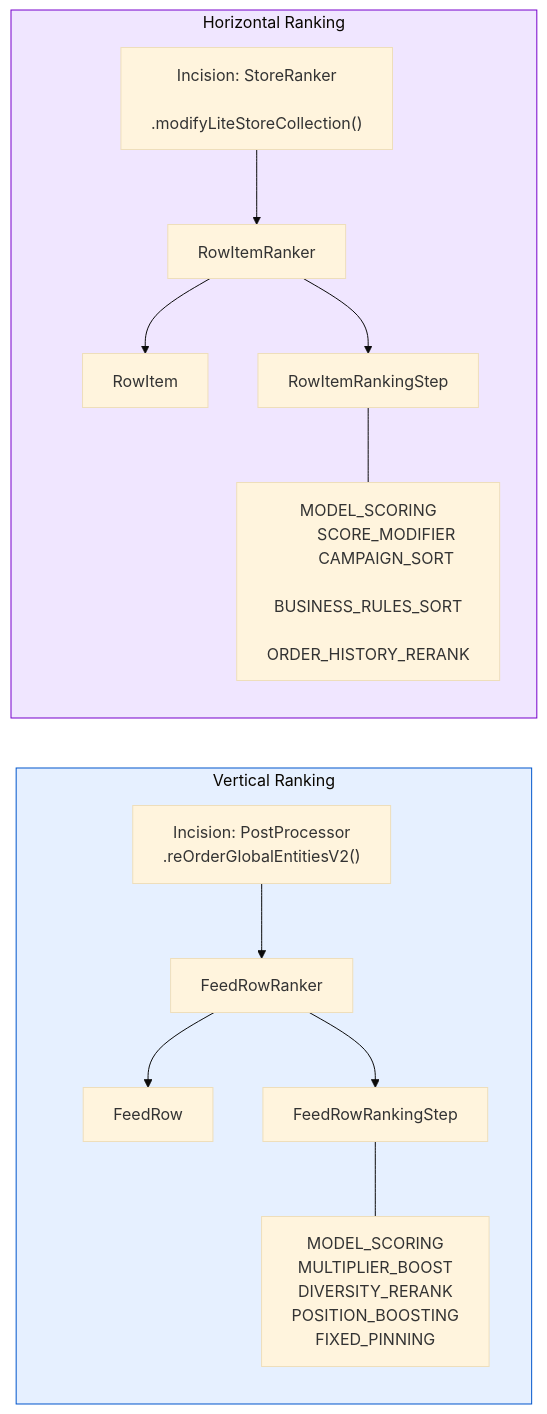
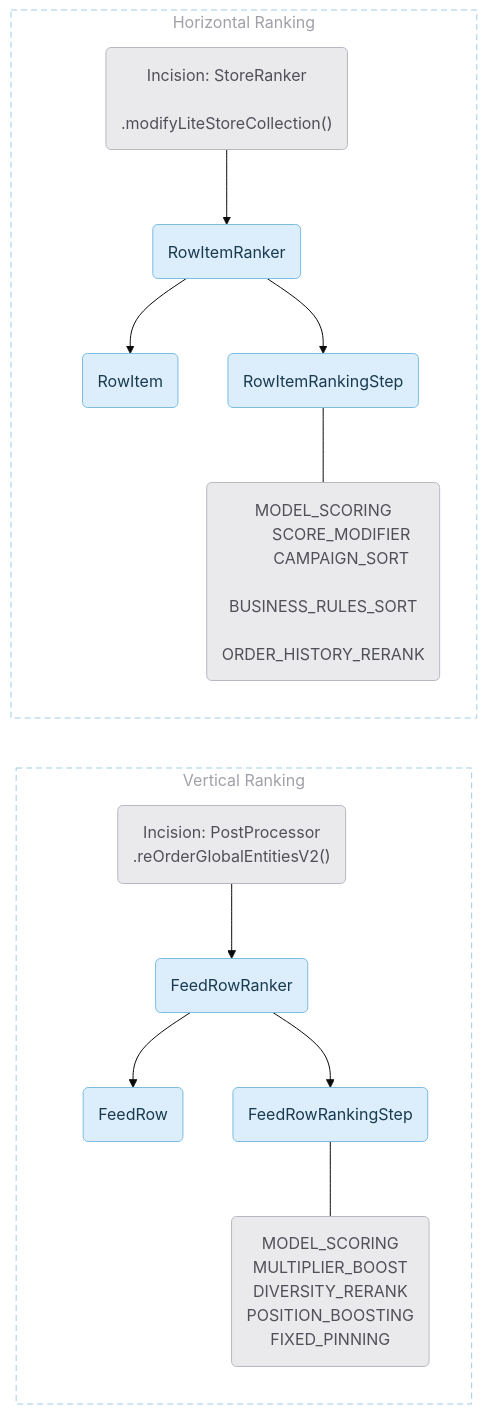
The second of 3 diagrams in unified-blending-platform/spec/rfc-abstraction-layer.md (daniel-fonyo/dd-brain), drawn with Mermaid (base theme) before and after one commit. The commit also changed other lines of this file, not shown here.

First line of the commit message:
Restyle remaining RFC diagrams with design guidelines

````diff
--- a/unified-blending-platform/spec/rfc-abstraction-layer.md
+++ b/unified-blending-platform/spec/rfc-abstraction-layer.md
@@ -371,43 +375,47 @@
 ```mermaid
 flowchart LR
-    subgraph vertical["Vertical Ranking"]
+    subgraph vertical["  Vertical Ranking  "]
         direction TB
-        V_IF["FeedRow"]
-        V_STEP["FeedRowRankingStep"]
-        V_TYPES["MODEL_SCORING
+        V_IF("FeedRow"):::step
+        V_STEP("FeedRowRankingStep"):::step
+        V_TYPES("MODEL_SCORING
         MULTIPLIER_BOOST
         DIVERSITY_RERANK
         POSITION_BOOSTING
-        FIXED_PINNING"]
-        V_ENG["FeedRowRanker"]
-        V_INC["Incision: PostProcessor
-        .reOrderGlobalEntitiesV2()"]
+        FIXED_PINNING"):::domain
+        V_ENG("FeedRowRanker"):::step
+        V_INC("Incision: PostProcessor
+        .reOrderGlobalEntitiesV2()"):::domain
 
         V_INC --> V_ENG
         V_ENG --> V_IF
         V_ENG --> V_STEP
         V_STEP --- V_TYPES
     end
 
-    subgraph horizontal["Horizontal Ranking"]
+    subgraph horizontal["  Horizontal Ranking  "]
         direction TB
-        H_IF["RowItem"]
-        H_STEP["RowItemRankingStep"]
-        H_TYPES["MODEL_SCORING
+        H_IF("RowItem"):::step
+        H_STEP("RowItemRankingStep"):::step
+        H_TYPES("MODEL_SCORING
         SCORE_MODIFIER
         CAMPAIGN_SORT
         BUSINESS_RULES_SORT
-        ORDER_HISTORY_RERANK"]
-        H_ENG["RowItemRanker"]
-        H_INC["Incision: StoreRanker
-        .modifyLiteStoreCollection()"]
+        ORDER_HISTORY_RERANK"):::domain
+        H_ENG("RowItemRanker"):::step
+        H_INC("Incision: StoreRanker
+        .modifyLiteStoreCollection()"):::domain
 
         H_INC --> H_ENG
         H_ENG --> H_IF
         H_ENG --> H_STEP
         H_STEP --- H_TYPES
     end
 
-    style vertical fill:#e6f0ff,stroke:#0055cc
-    style horizontal fill:#f0e6ff,stroke:#7700cc
+    %% Blue = new interfaces/engines. Gray = existing code and step lists.
+    classDef domain fill:#EAEAED,stroke:#B8B8C2,color:#505058,stroke-width:1px
+    classDef step fill:#DCEEFB,stroke:#7BBCE0,color:#1A3A50,stroke-width:1px
+
+    style vertical fill:transparent,stroke:#A0CCE8,stroke-width:1px,stroke-dasharray:6 4,color:#A0A0A8
+    style horizontal fill:transparent,stroke:#A0CCE8,stroke-width:1px,stroke-dasharray:6 4,color:#A0A0A8
 ```
````
